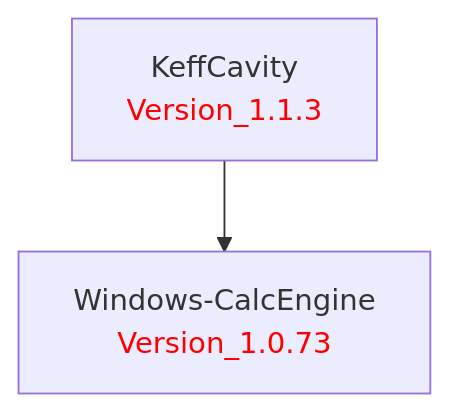
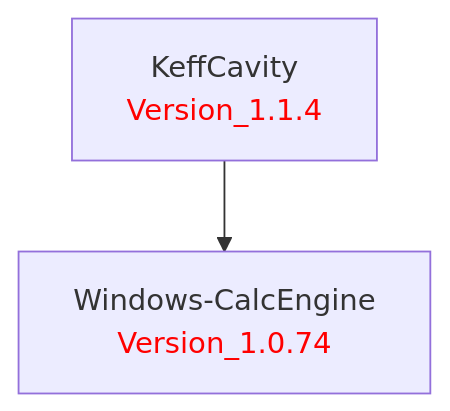
One commit to LBNL-ETA/KeffCavity changed the diagram in doc/KeffCavity.md. Above: the diagram before and after it, drawn with Mermaid. The commit also changed 1 other file, not shown here.

Commit message:
Bump to Version_1.1.4; Windows-CalcEngine Version_1.0.74, googletest 1.17.0; refresh dep chart

````diff
--- a/doc/KeffCavity.md
+++ b/doc/KeffCavity.md
@@ -1,9 +1,9 @@
 ```mermaid
 graph TD
     %% Package definitions
-    KeffCavity[KeffCavity<br/><font color='red'>Version_1.1.3</font>]
-    WindowsCalcEngine[Windows-CalcEngine<br/><font color='red'>Version_1.0.73</font>]
+    KeffCavity[KeffCavity<br/><font color='red'>Version_1.1.4</font>]
+    WindowsCalcEngine[Windows-CalcEngine<br/><font color='red'>Version_1.0.74</font>]
 
     %% Package relations
     KeffCavity --> WindowsCalcEngine
 ```
````
